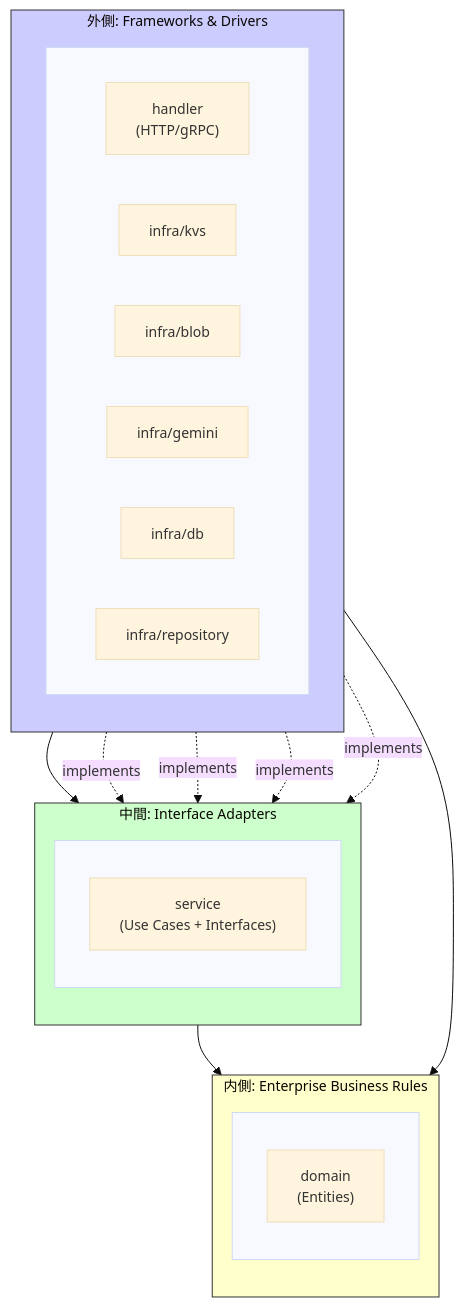
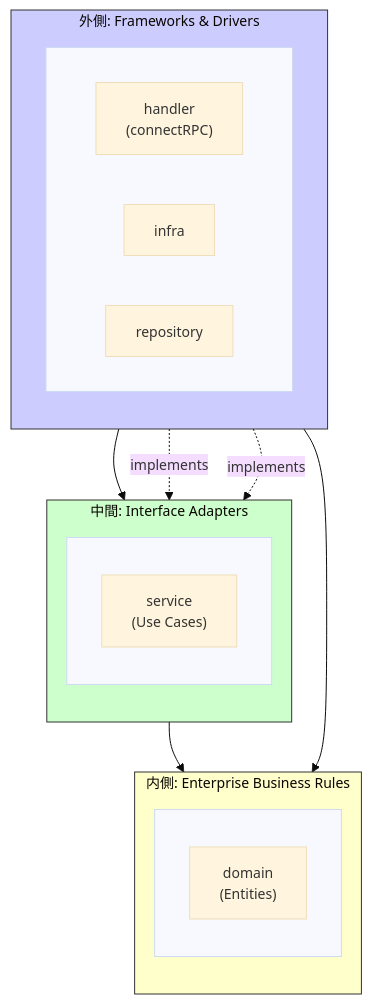
Before and after one commit to yashikota/scene-hunter: the diagram in docs/architecture.md, drawn with Mermaid. The commit also changed other lines of this file and 15 other files, not shown here.

Commit message:
feat: add go-arch-lint and enforce Clean Architecture (#70)

````diff
--- a/docs/architecture.md
+++ b/docs/architecture.md
@@ -7,42 +7,37 @@
 ```mermaid
 %%{init: {'theme': 'base', 'themeVariables': { 'fontSize': '14px'}}}%%
 flowchart TB
     subgraph outer["外側: Frameworks & Drivers"]
         direction TB
         subgraph infra_layer[" "]
             direction LR
-            handler["handler<br/>(HTTP/gRPC)"]
-            kvs["infra/kvs"]
-            blob["infra/blob"]
-            gemini["infra/gemini"]
-            db["infra/db"]
-            repo["infra/repository"]
+            handler["handler<br/>(connectRPC)"]
+            infra["infra"]
+            repo["repository"]
         end
     end
 
     subgraph middle["中間: Interface Adapters"]
         direction TB
         subgraph service_layer[" "]
-            service["service<br/>(Use Cases + Interfaces)"]
+            service["service<br/>(Use Cases)"]
         end
     end
 
     subgraph inner["内側: Enterprise Business Rules"]
         direction TB
         subgraph domain_layer[" "]
             domain["domain<br/>(Entities)"]
         end
     end
 
     handler --> service
     service --> domain
     repo --> domain
     repo -.->|implements| service
-    kvs -.->|implements| service
-    blob -.->|implements| service
-    gemini -.->|implements| service
+    infra -.->|implements| service
 
     style inner fill:#ffffcc,stroke:#333
     style middle fill:#ccffcc,stroke:#333
     style outer fill:#ccccff,stroke:#333
 ```
````
